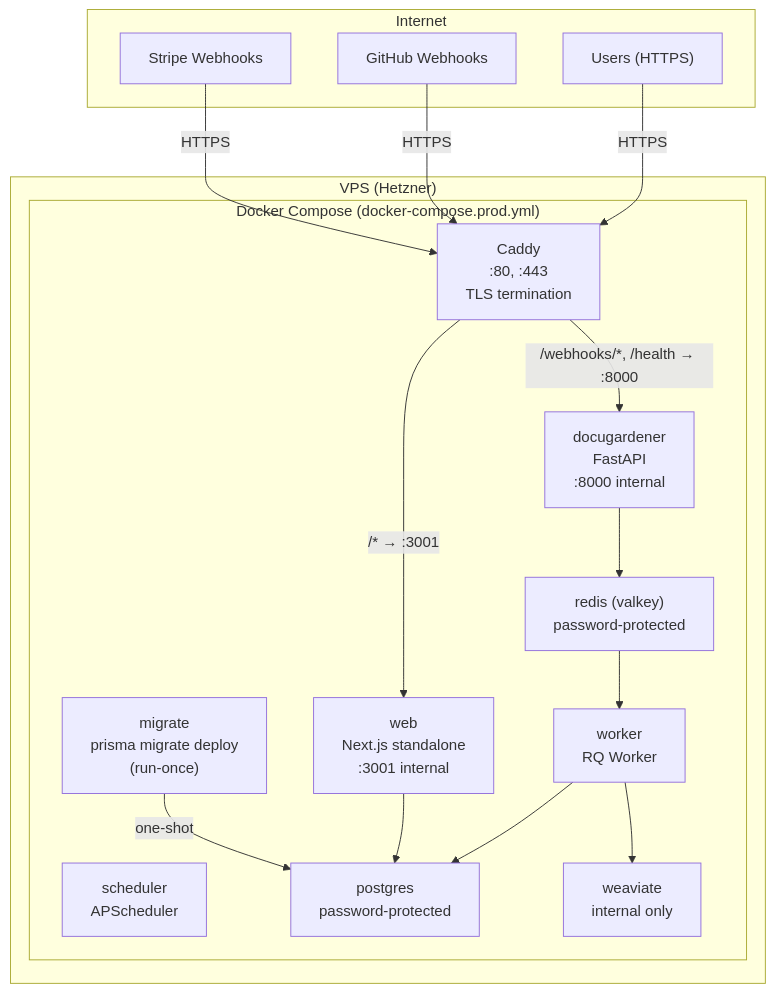
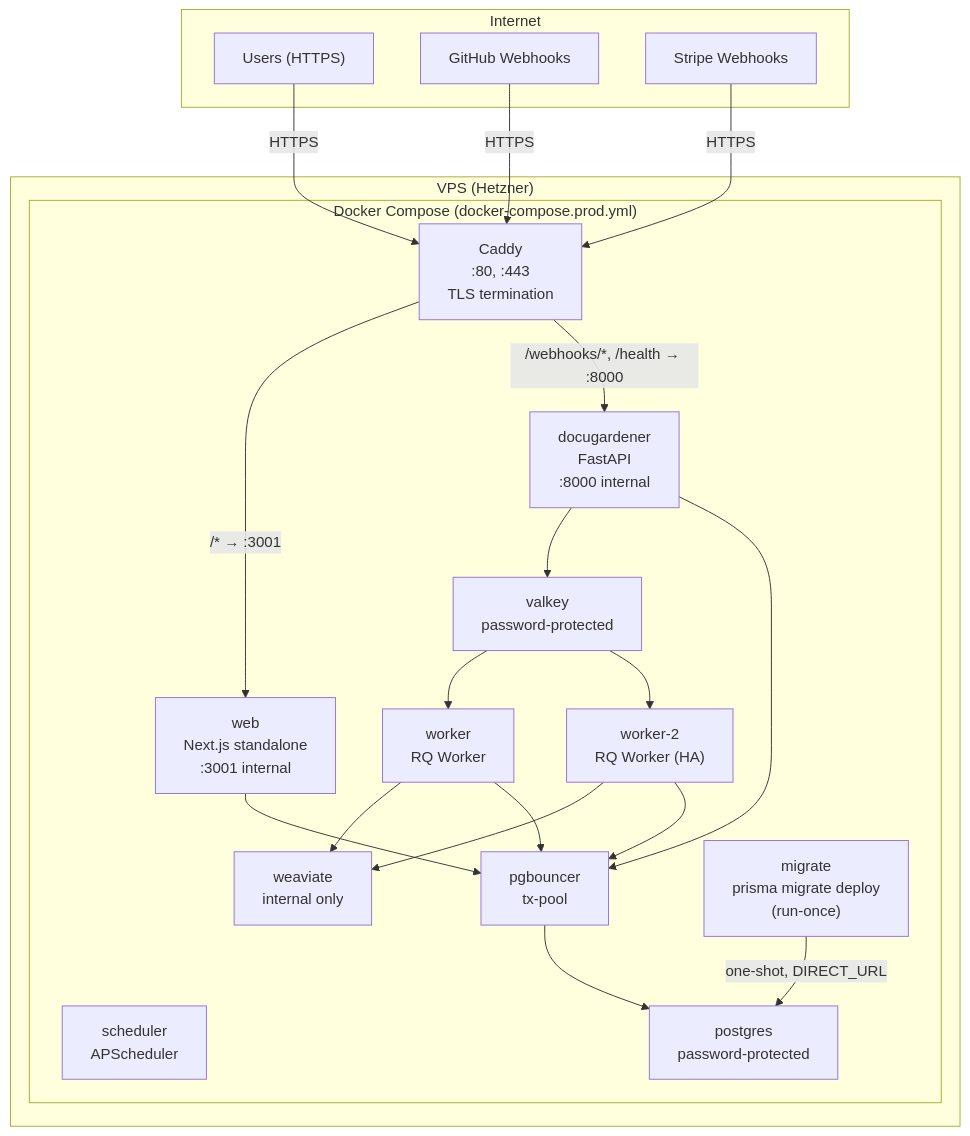
Before and after one commit to docugardener/docugardener: the second of 4 diagrams in docs/architecture/SAD-03-Deployment-Operations.md, drawn with Mermaid. The commit also changed other lines of this file and 8 other files, not shown here.

````diff
--- a/docs/architecture/SAD-03-Deployment-Operations.md
+++ b/docs/architecture/SAD-03-Deployment-Operations.md
@@ -96,33 +99,40 @@
 ```mermaid
 graph TD
     subgraph "Internet"
         USER["Users (HTTPS)"]
         GH["GitHub Webhooks"]
         STRIPE["Stripe Webhooks"]
     end
 
     subgraph "VPS (Hetzner)"
         subgraph "Docker Compose (docker-compose.prod.yml)"
             CADDY["Caddy<br/>:80, :443<br/>TLS termination"]
             WEB_P["web<br/>Next.js standalone<br/>:3001 internal"]
             API_P["docugardener<br/>FastAPI<br/>:8000 internal"]
             WRK_P["worker<br/>RQ Worker"]
+            WRK_P2["worker-2<br/>RQ Worker (HA)"]
             SCH_P["scheduler<br/>APScheduler"]
-            RED_P["redis (valkey)<br/>password-protected"]
+            RED_P["valkey<br/>password-protected"]
+            PGB_P["pgbouncer<br/>tx-pool"]
             PG_P["postgres<br/>password-protected"]
             WV_P["weaviate<br/>internal only"]
             MIG["migrate<br/>prisma migrate deploy<br/>(run-once)"]
         end
     end
 
     USER -->|HTTPS| CADDY
     GH -->|HTTPS| CADDY
     STRIPE -->|HTTPS| CADDY
     CADDY -->|/* → :3001| WEB_P
     CADDY -->|/webhooks/*, /health → :8000| API_P
-    API_P --> RED_P --> WRK_P
+    API_P --> RED_P
+    RED_P --> WRK_P
+    RED_P --> WRK_P2
     WRK_P --> WV_P
-    WRK_P --> PG_P
-    WEB_P --> PG_P
-    MIG -->|one-shot| PG_P
+    WRK_P2 --> WV_P
+    WRK_P --> PGB_P --> PG_P
+    WRK_P2 --> PGB_P
+    API_P --> PGB_P
+    WEB_P --> PGB_P
+    MIG -->|one-shot, DIRECT_URL| PG_P
 ```
````
